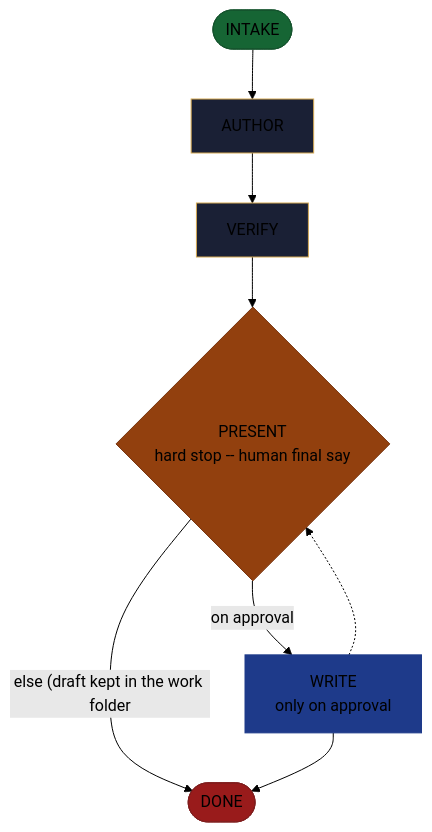
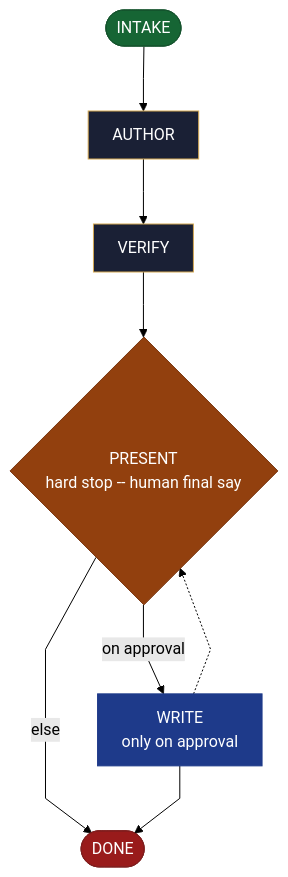
One commit to AndreVianna/aid-methodology changed the diagram in site/src/content/docs/skills/aid-change-document.md. Above: the diagram before and after it, drawn with Mermaid (forest theme). The commit also changed 37 other files, not shown here.

````diff
--- a/site/src/content/docs/skills/aid-change-document.md
+++ b/site/src/content/docs/skills/aid-change-document.md
@@ -20,34 +20,35 @@
 ```mermaid
+%%{init: {'flowchart': {'nodeSpacing': 55, 'rankSpacing': 65, 'curve': 'linear', 'padding': 12, 'useMaxWidth': true}}}%%
 flowchart TB
-  classDef aidNode color:inherit
+  classDef aidNode color:#fff
   classDef aidEntry fill:#166534,stroke:#14532d,color:#fff
   classDef aidExit fill:#991b1b,stroke:#7f1d1d,color:#fff
   classDef aidDecision fill:#92400e,stroke:#78350f,color:#fff
   classDef aidLoopBack fill:#1e3a8a,stroke:#1e3a8a,color:#fff
   classDef aidStep fill:#1a2035,stroke:#d4a853,color:#f1f5f9
   n1(["INTAKE"])
   n2["AUTHOR"]
   n3["VERIFY"]
   n4{"PRESENT<br/>hard stop -- human final say"}
   n5["WRITE<br/>only on approval"]
   n6(["DONE"])
   n1 --> n2
   n2 --> n3
   n3 --> n4
   n4 -->|"on approval"| n5
-  n4 -->|"else (draft kept in the work folder"| n6
+  n4 -->|"else"| n6
   n5 -.-> n4
   n5 --> n6
   class n1 aidEntry
   class n2 aidStep
   class n3 aidStep
   class n4 aidDecision
   class n5 aidLoopBack
   class n6 aidExit
   class n1 aidNode
   class n2 aidNode
   class n3 aidNode
   class n4 aidNode
   class n5 aidNode
   class n6 aidNode
 ```
````
